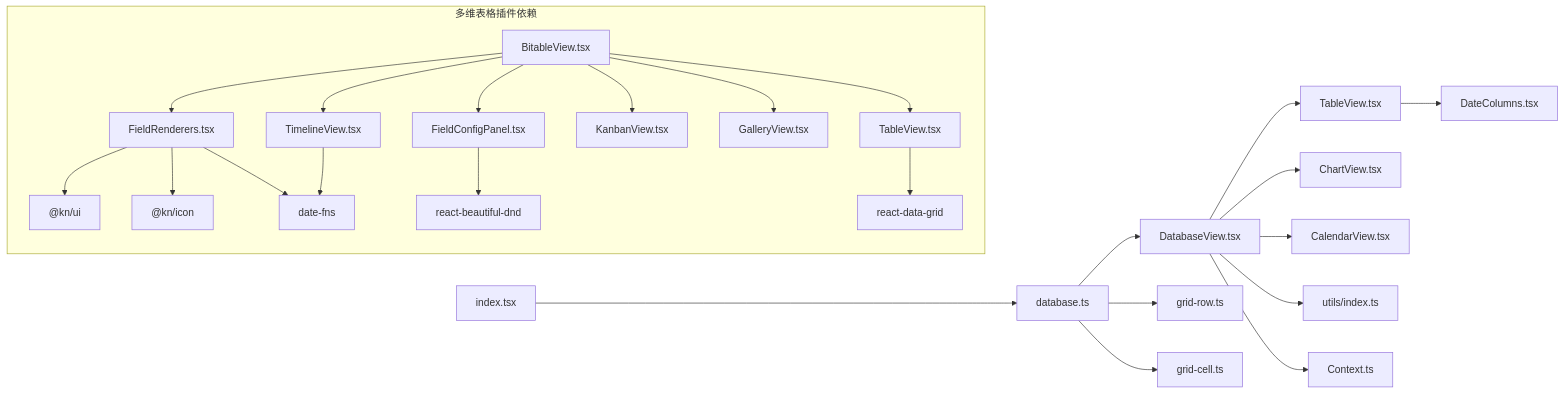
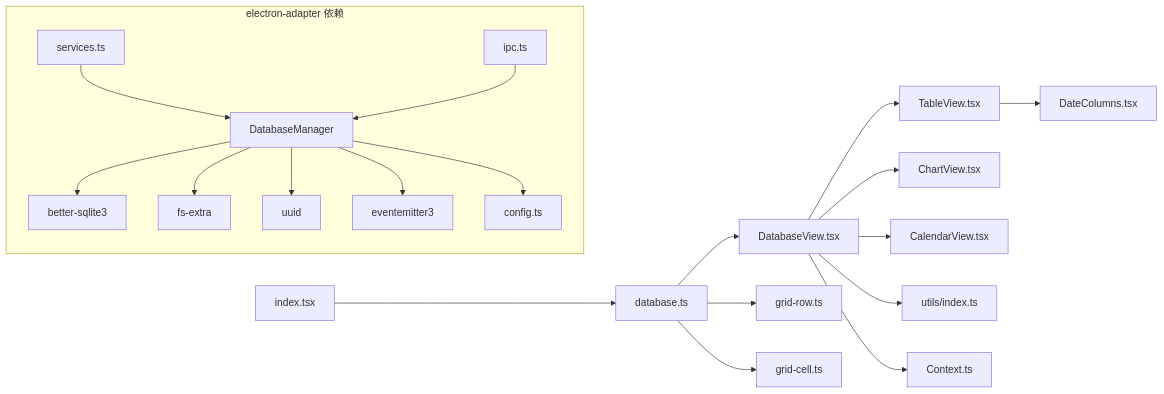
Before and after one commit to LRF0422/Kotion: the eighth of 8 diagrams in .qoder/repowiki/zh/content/功能模块/数据库插件/数据库插件.md, drawn with Mermaid. The commit also changed other lines of this file and 75 other files, not shown here.

````diff
--- a/.qoder/repowiki/zh/content/功能模块/数据库插件/数据库插件.md
+++ b/.qoder/repowiki/zh/content/功能模块/数据库插件/数据库插件.md
@@ -634,27 +559,22 @@
 ```mermaid
 graph LR
 IDX["index.tsx"] --> DBN["database.ts"]
 DBN --> DRV["DatabaseView.tsx"]
 DRV --> TV["TableView.tsx"]
 DRV --> CV["ChartView.tsx"]
 DRV --> CALV["CalendarView.tsx"]
 TV --> DCC["DateColumns.tsx"]
 DRV --> UT["utils/index.ts"]
 DRV --> CTX["Context.ts"]
 DBN --> GR["grid-row.ts"]
 DBN --> GC["grid-cell.ts"]
-subgraph "多维表格插件依赖"
-BV["BitableView.tsx"] --> FR["FieldRenderers.tsx"]
-BV --> FCP["FieldConfigPanel.tsx"]
-BV --> TV2["TableView.tsx"]
-BV --> KV["KanbanView.tsx"]
-BV --> GV["GalleryView.tsx"]
-BV --> TLV["TimelineView.tsx"]
-FR --> UI["@kn/ui"]
-FR --> ICON["@kn/icon"]
-FR --> DF["date-fns"]
-FCP --> RBD["react-beautiful-dnd"]
-TV2 --> RDG["react-data-grid"]
-TLV --> DF
+subgraph "electron-adapter 依赖"
+DM["DatabaseManager"] --> BS["better-sqlite3"]
+DM --> FS["fs-extra"]
+DM --> UUID["uuid"]
+DM --> EE["eventemitter3"]
+DM --> CFG["config.ts"]
+SV["services.ts"] --> DM
+IPC["ipc.ts"] --> DM
 end
 ```
````
